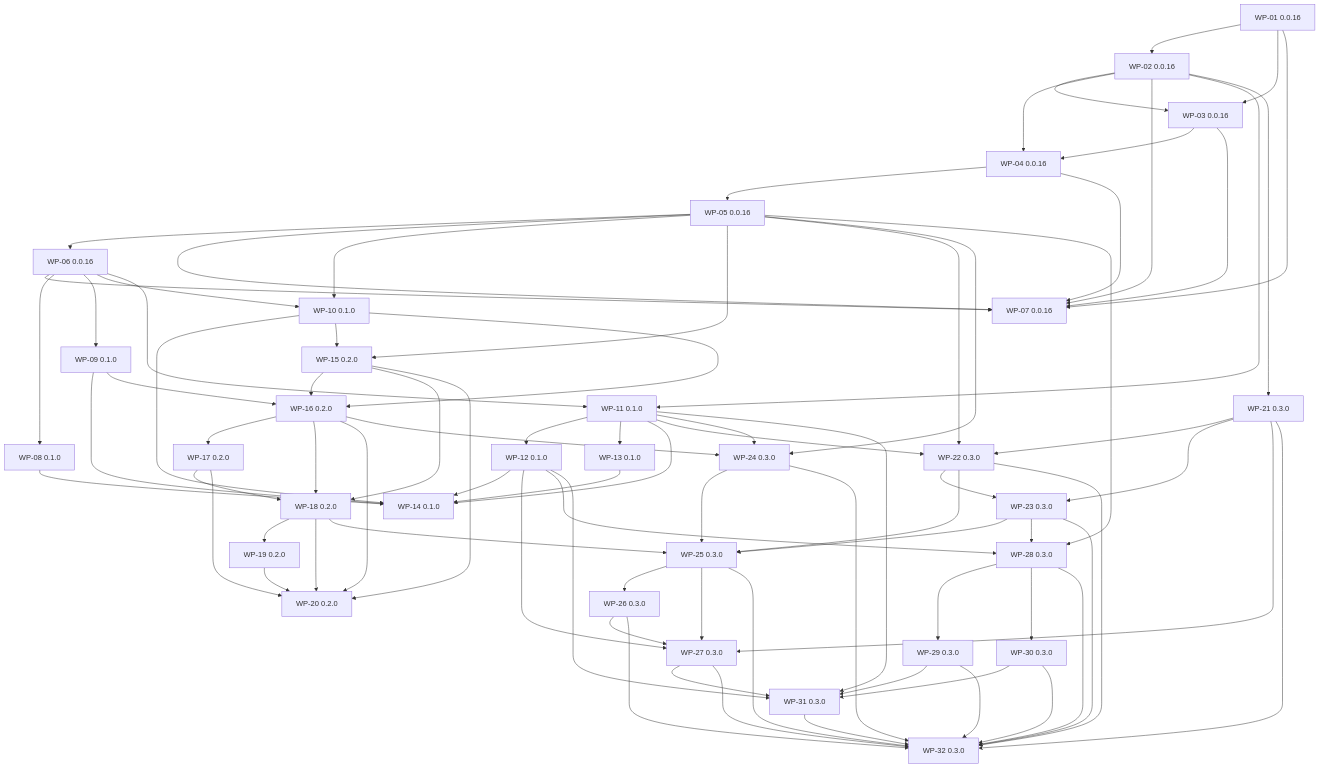
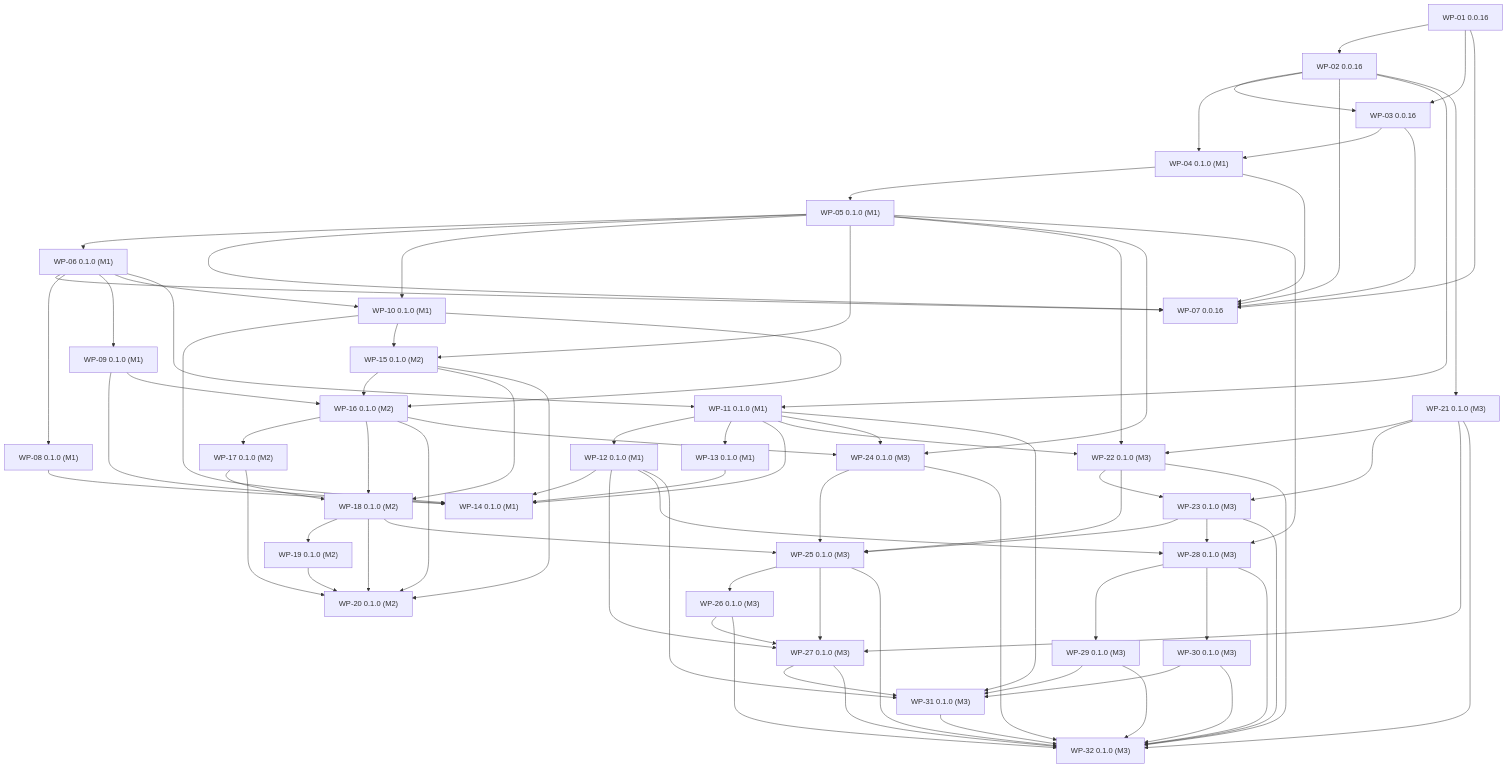
Before and after one commit to jcatrysse/redmine_depending_custom_fields: the diagram in docs/specs/large_lists_work_packages.md, drawn with Mermaid. The commit also changed other lines of this file and 12 other files, not shown here.

```diff
--- a/docs/specs/large_lists_work_packages.md
+++ b/docs/specs/large_lists_work_packages.md
@@ -60,35 +62,35 @@
   WP01["WP-01 0.0.16"]
   WP02["WP-02 0.0.16"]
   WP03["WP-03 0.0.16"]
-  WP04["WP-04 0.0.16"]
-  WP05["WP-05 0.0.16"]
-  WP06["WP-06 0.0.16"]
+  WP04["WP-04 0.1.0 (M1)"]
+  WP05["WP-05 0.1.0 (M1)"]
+  WP06["WP-06 0.1.0 (M1)"]
   WP07["WP-07 0.0.16"]
-  WP08["WP-08 0.1.0"]
-  WP09["WP-09 0.1.0"]
-  WP10["WP-10 0.1.0"]
-  WP11["WP-11 0.1.0"]
-  WP12["WP-12 0.1.0"]
-  WP13["WP-13 0.1.0"]
-  WP14["WP-14 0.1.0"]
-  WP15["WP-15 0.2.0"]
-  WP16["WP-16 0.2.0"]
-  WP17["WP-17 0.2.0"]
-  WP18["WP-18 0.2.0"]
-  WP19["WP-19 0.2.0"]
-  WP20["WP-20 0.2.0"]
-  WP21["WP-21 0.3.0"]
-  WP22["WP-22 0.3.0"]
-  WP23["WP-23 0.3.0"]
-  WP24["WP-24 0.3.0"]
-  WP25["WP-25 0.3.0"]
-  WP26["WP-26 0.3.0"]
-  WP27["WP-27 0.3.0"]
-  WP28["WP-28 0.3.0"]
-  WP29["WP-29 0.3.0"]
-  WP30["WP-30 0.3.0"]
-  WP31["WP-31 0.3.0"]
-  WP32["WP-32 0.3.0"]
+  WP08["WP-08 0.1.0 (M1)"]
+  WP09["WP-09 0.1.0 (M1)"]
+  WP10["WP-10 0.1.0 (M1)"]
+  WP11["WP-11 0.1.0 (M1)"]
+  WP12["WP-12 0.1.0 (M1)"]
+  WP13["WP-13 0.1.0 (M1)"]
+  WP14["WP-14 0.1.0 (M1)"]
+  WP15["WP-15 0.1.0 (M2)"]
+  WP16["WP-16 0.1.0 (M2)"]
+  WP17["WP-17 0.1.0 (M2)"]
+  WP18["WP-18 0.1.0 (M2)"]
+  WP19["WP-19 0.1.0 (M2)"]
+  WP20["WP-20 0.1.0 (M2)"]
+  WP21["WP-21 0.1.0 (M3)"]
+  WP22["WP-22 0.1.0 (M3)"]
+  WP23["WP-23 0.1.0 (M3)"]
+  WP24["WP-24 0.1.0 (M3)"]
+  WP25["WP-25 0.1.0 (M3)"]
+  WP26["WP-26 0.1.0 (M3)"]
+  WP27["WP-27 0.1.0 (M3)"]
+  WP28["WP-28 0.1.0 (M3)"]
+  WP29["WP-29 0.1.0 (M3)"]
+  WP30["WP-30 0.1.0 (M3)"]
+  WP31["WP-31 0.1.0 (M3)"]
+  WP32["WP-32 0.1.0 (M3)"]
   WP01 --> WP02
   WP01 --> WP03
   WP02 --> WP03
```
